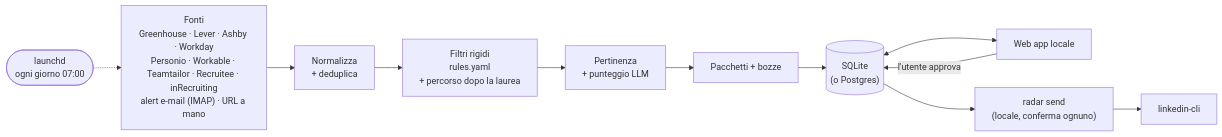
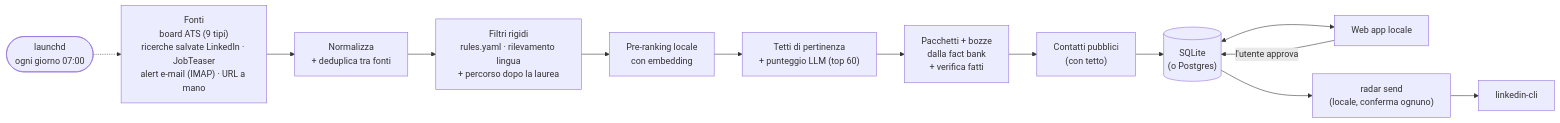
One commit to DanieleGiovanardi2408/speculor changed the diagram in README.it.md. Above: the diagram before and after it, drawn with Mermaid. The commit also changed other lines of this file and 2 other files, not shown here.

Commit message:
docs: sources, local-only design, pace table, pause behaviour, fact bank and contacts in README (EN/IT) and SOURCES

````diff
--- a/README.it.md
+++ b/README.it.md
@@ -32,13 +32,15 @@
 ```mermaid
 flowchart LR
     LD(["launchd<br/>ogni giorno 07:00"]) -.-> S
-    S["Fonti<br/>Greenhouse · Lever · Ashby · Workday<br/>Personio · Workable · Teamtailor · Recruitee · inRecruiting<br/>alert e-mail (IMAP) · URL a mano"] --> N["Normalizza<br/>+ deduplica"]
-    N --> F["Filtri rigidi<br/>rules.yaml<br/>+ percorso dopo la laurea"]
-    F --> L["Pertinenza<br/>+ punteggio LLM"]
-    L --> P["Pacchetti + bozze"]
-    P --> DB[("SQLite<br/>(o Postgres)")]
+    S["Fonti<br/>board ATS (9 tipi)<br/>ricerche salvate LinkedIn · JobTeaser<br/>alert e-mail (IMAP) · URL a mano"] --> N["Normalizza<br/>+ deduplica tra fonti"]
+    N --> F["Filtri rigidi<br/>rules.yaml · rilevamento lingua<br/>+ percorso dopo la laurea"]
+    F --> E["Pre-ranking locale<br/>con embedding"]
+    E --> L["Tetti di pertinenza<br/>+ punteggio LLM (top 60)"]
+    L --> P["Pacchetti + bozze<br/>dalla fact bank<br/>+ verifica fatti"]
+    P --> C["Contatti pubblici<br/>(con tetto)"]
+    C --> DB[("SQLite<br/>(o Postgres)")]
     DB <--> W["Web app locale"]
     W -->|"l'utente approva"| DB
     DB --> SEND["radar send<br/>(locale, conferma ognuno)"]
     SEND --> LI["linkedin-cli"]
 ```
````
